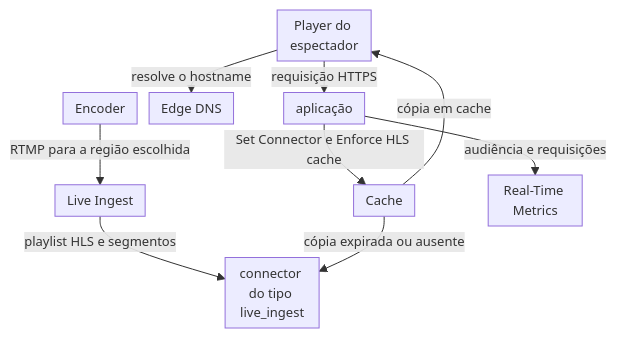
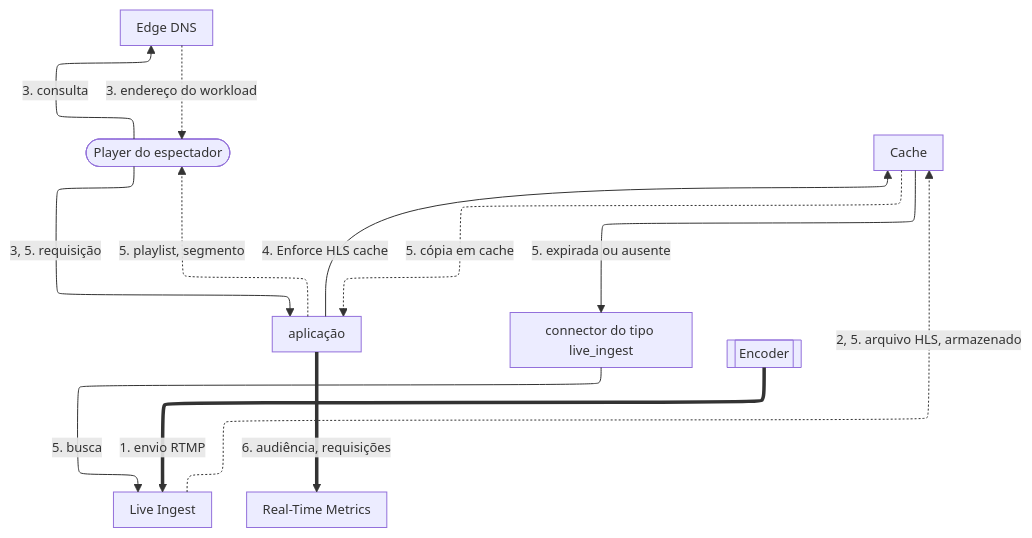
Before and after one commit to aziontech/docs: the first of 2 diagrams in apps/docs/src/content/docs/pt-br/pages/casos-de-uso/entregar-midia-e-streaming/transmitir-eventos-ao-vivo-para-grandes-audiencias.mdx, drawn with Mermaid. The commit also changed other lines of this file and 55 other files, not shown here.

Commit message:
docs(use-cases): redraw the use-case diagrams with the way back and check their claims (#2509)

````diff
--- a/apps/docs/src/content/docs/pt-br/pages/casos-de-uso/entregar-midia-e-streaming/transmitir-eventos-ao-vivo-para-grandes-audiencias.mdx
+++ b/apps/docs/src/content/docs/pt-br/pages/casos-de-uso/entregar-midia-e-streaming/transmitir-eventos-ao-vivo-para-grandes-audiencias.mdx
@@ -41,12 +43,23 @@
 ```mermaid
-%%{init: {"layout": "dagre", "themeVariables": {"fontSize": "13px"}, "flowchart": {"nodeSpacing": 12, "rankSpacing": 12, "padding": 6, "wrappingWidth": 70, "minNodeWidth": 40, "useMaxWidth": true}}}%%
+%%{init: {"layout": "elk", "elk": {"preset": "modelOrder", "keepEntryNodeOnTop": true}, "themeVariables": {"fontSize": "13px"}, "flowchart": {"nodeSpacing": 24, "rankSpacing": 36, "padding": 8, "wrappingWidth": 150, "useMaxWidth": true}, "sequence": {"width": 120, "actorMargin": 30, "useMaxWidth": true}}}%%
 flowchart TD
-  Encoder["Encoder"] -->|"RTMP para a região escolhida"| LI["Live Ingest"]
-  LI -->|"playlist HLS e segmentos"| Connector["connector do tipo live_ingest"]
-  Viewer["Player do espectador"] -->|"resolve o hostname"| DNS["Edge DNS"]
-  Viewer -->|"requisição HTTPS"| App["aplicação"]
-  App -->|"Set Connector e Enforce HLS cache"| Cache["Cache"]
-  Cache -->|"cópia expirada ou ausente"| Connector
-  Cache -->|"cópia em cache"| Viewer
-  App -->|"audiência e requisições"| RTM["Real-Time Metrics"]
+  Viewer(["Player do espectador"])
+  DNS["Edge DNS"]
+  App["aplicação"]
+  Cache["Cache"]
+  Connector["connector do tipo live_ingest"]
+  LI["Live Ingest"]
+  Encoder[["Encoder"]]
+  RTM["Real-Time Metrics"]
+  Viewer -->|"3. consulta"| DNS
+  Viewer -->|"3, 5. requisição"| App
+  App -->|"4. Enforce HLS cache"| Cache
+  Cache -->|"5. expirada ou ausente"| Connector
+  Connector -->|"5. busca"| LI
+  DNS -.->|"3. endereço do workload"| Viewer
+  LI -.->|"2, 5. arquivo HLS, armazenado"| Cache
+  Cache -.->|"5. cópia em cache"| App
+  App -.->|"5. playlist, segmento"| Viewer
+  Encoder ==>|"1. envio RTMP"| LI
+  App ==>|"6. audiência, requisições"| RTM
 ```
````
